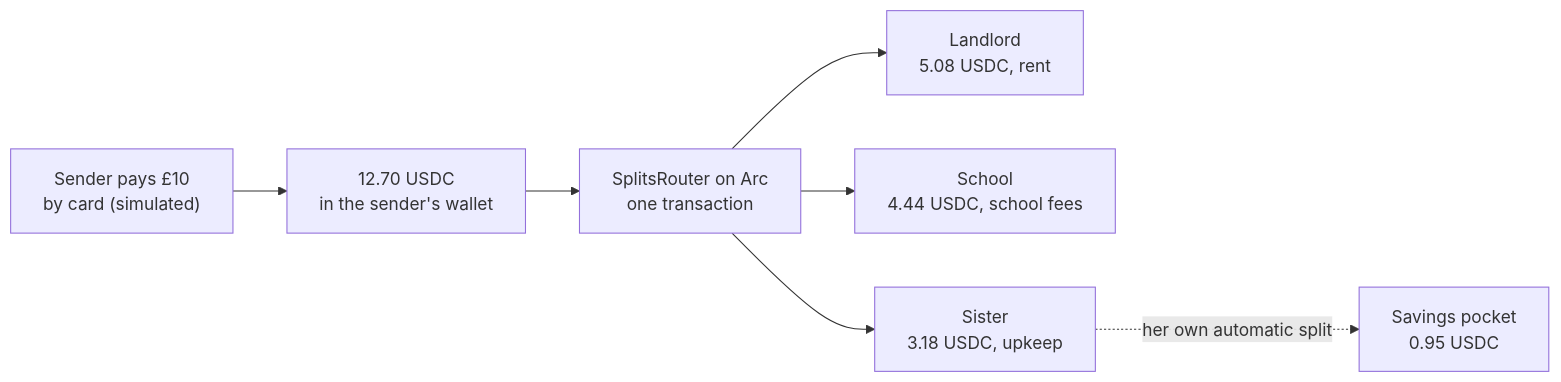
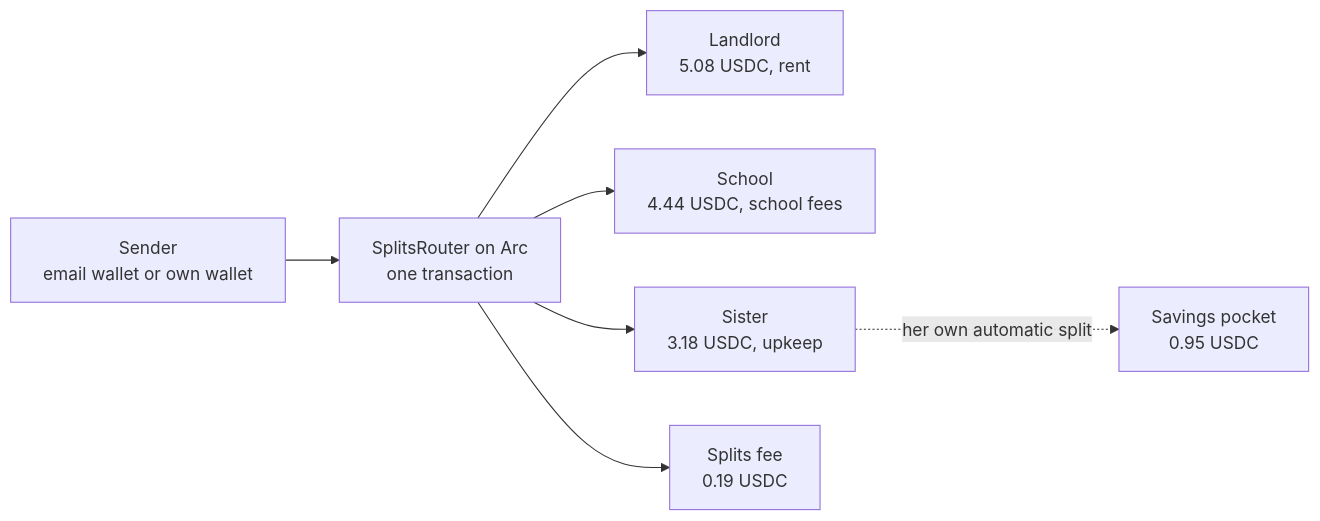
Before and after one commit to Iziedking/splits: the diagram in README.md, drawn with Mermaid. The commit also changed other lines of this file, not shown here.

Commit message:
README: the live product on Arc mainnet, and the roadmap for onramp, offramp and the Earn Kit pocket

````diff
--- a/README.md
+++ b/README.md
@@ -17,9 +30,9 @@
 ```mermaid
 flowchart LR
-  A["Sender pays £10<br/>by card (simulated)"] --> B["12.70 USDC<br/>in the sender's wallet"]
-  B --> C["SplitsRouter on Arc<br/>one transaction"]
+  A["Sender<br/>email wallet or own wallet"] --> C["SplitsRouter on Arc<br/>one transaction"]
   C --> D["Landlord<br/>5.08 USDC, rent"]
   C --> E["School<br/>4.44 USDC, school fees"]
   C --> F["Sister<br/>3.18 USDC, upkeep"]
+  C --> X["Splits fee<br/>0.19 USDC"]
   F -. "her own automatic split" .-> G["Savings pocket<br/>0.95 USDC"]
 ```
````
